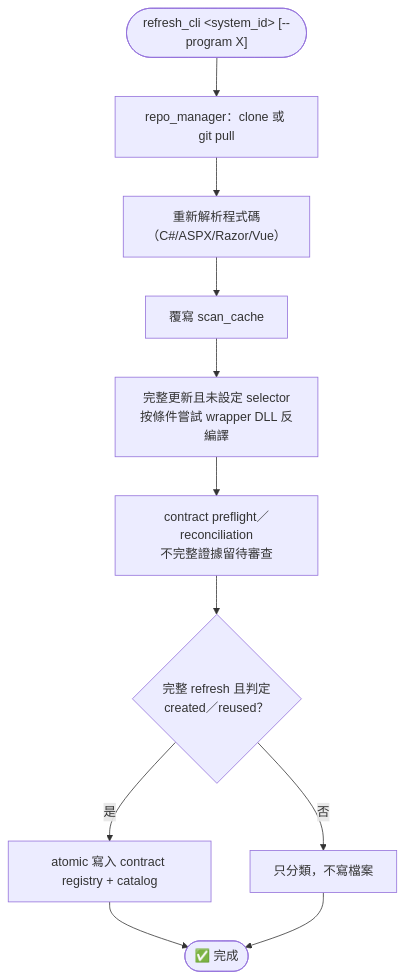
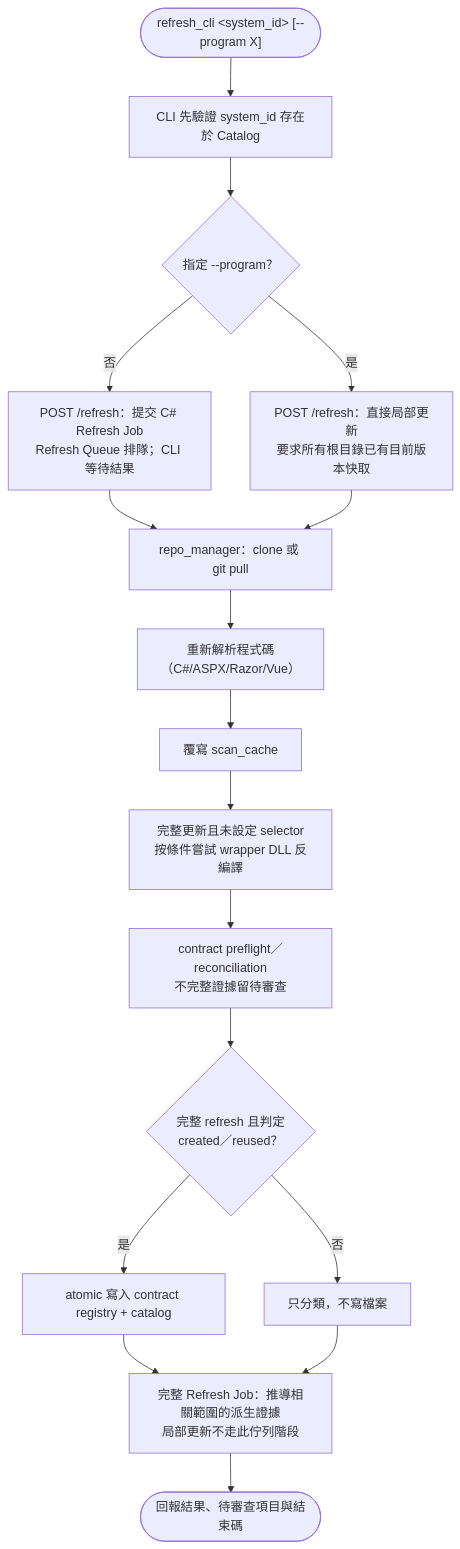
The third of 6 diagrams in docs/流程圖.md (vy088772/Impact_analysis_system), drawn with Mermaid before and after one commit. The commit also changed other lines of this file and 3 other files, not shown here.

````diff
--- a/docs/流程圖.md
+++ b/docs/流程圖.md
@@ -95,13 +101,19 @@
 ```mermaid
 flowchart TD
-    Start(["refresh_cli &lt;system_id&gt; [--program X]"]) --> Ensure["repo_manager：clone 或 git pull"]
+    Start(["refresh_cli &lt;system_id&gt; [--program X]"]) --> Validate["CLI 先驗證 system_id 存在於 Catalog"]
+    Validate --> Scope{"指定 --program？"}
+    Scope -- 否 --> Queue["POST /refresh：提交 C# Refresh Job<br/>Refresh Queue 排隊；CLI 等待結果"]
+    Scope -- 是 --> Direct["POST /refresh：直接局部更新<br/>要求所有根目錄已有目前版本快取"]
+    Queue --> Ensure["repo_manager：clone 或 git pull"]
+    Direct --> Ensure
     Ensure --> Scan["重新解析程式碼<br/>（C#/ASPX/Razor/Vue）"]
     Scan --> Save["覆寫 scan_cache"]
     Save --> Decompile["完整更新且未設定 selector<br/>按條件嘗試 wrapper DLL 反編譯"]
     Decompile --> Preflight["contract preflight／reconciliation<br/>不完整證據留待審查"]
     Preflight --> Commit{"完整 refresh 且判定<br/>created／reused？"}
     Commit -- 是 --> Write["atomic 寫入 contract registry + catalog"]
     Commit -- 否 --> Skip["只分類，不寫檔案"]
-    Write --> Done(["✅ 完成"])
-    Skip --> Done
+    Write --> Derive["完整 Refresh Job：推導相關範圍的派生證據<br/>局部更新不走此佇列階段"]
+    Skip --> Derive
+    Derive --> Done(["回報結果、待審查項目與結束碼"])
 ```
````
